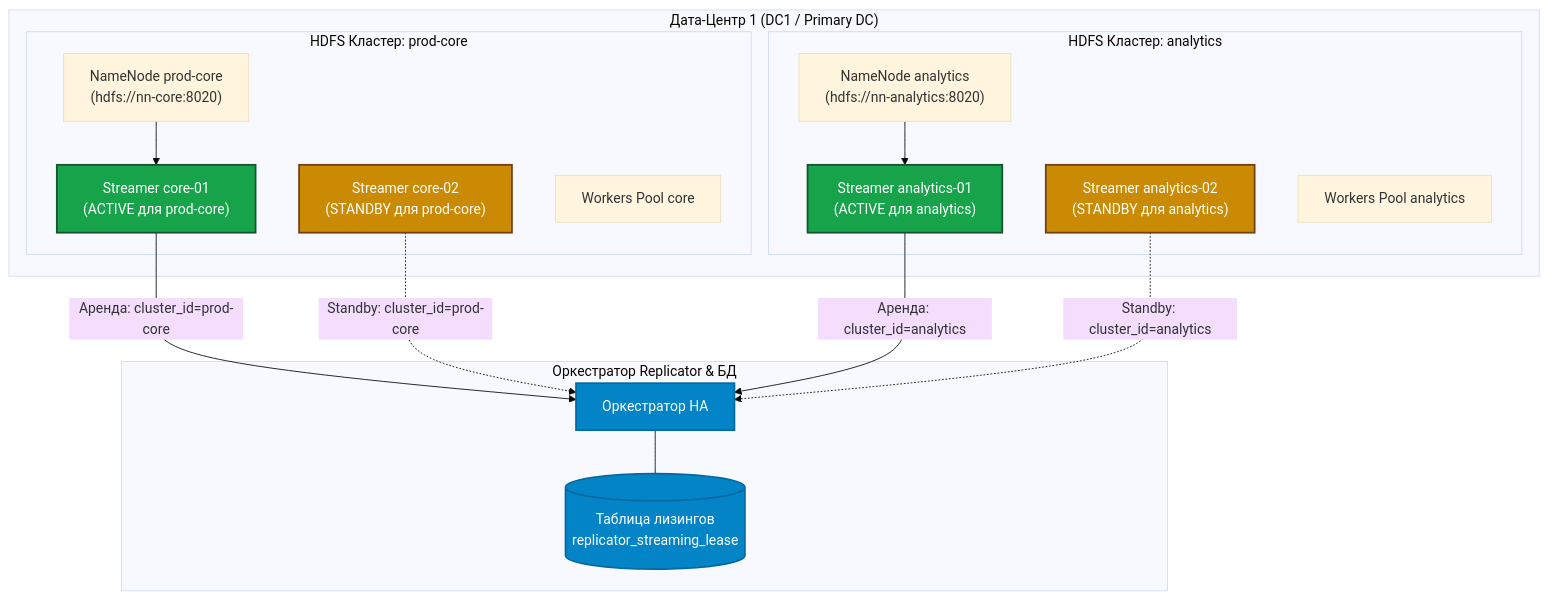
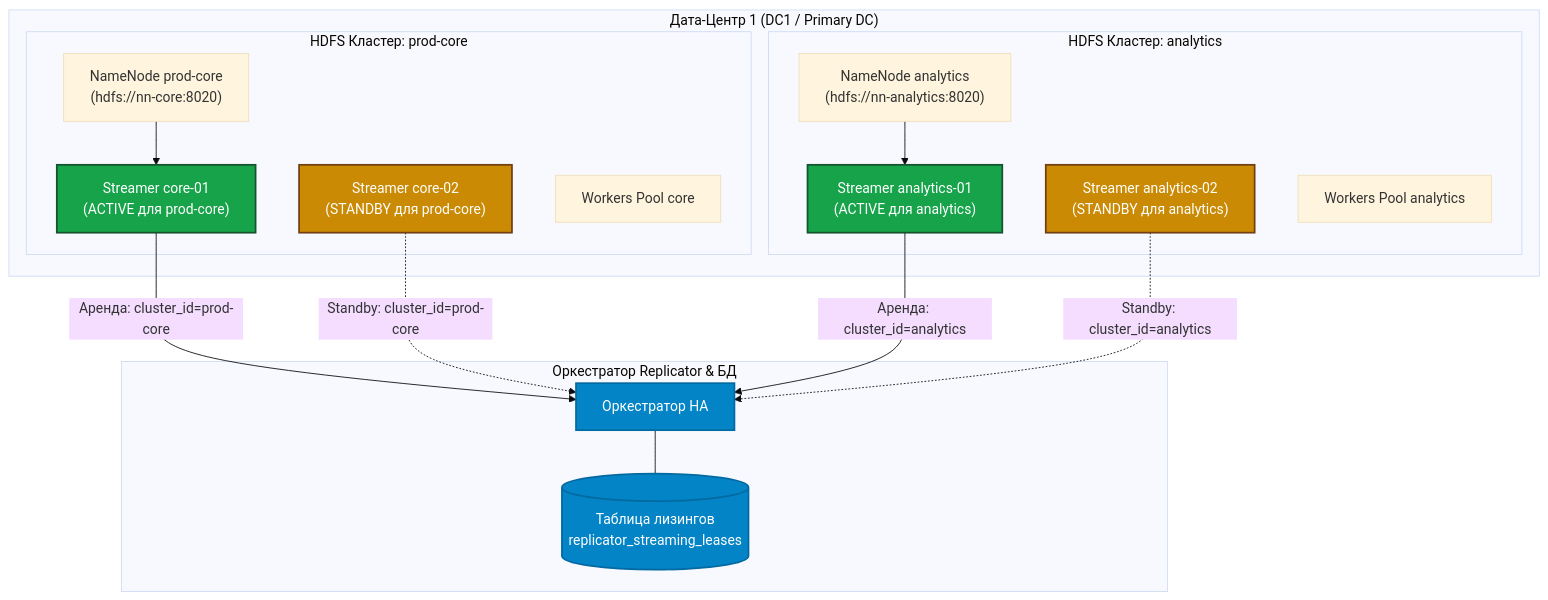
The fourth of 8 diagrams in docs/replicator-fault-tolerance.md (balookrd/hadoop-explorer), drawn with Mermaid (base theme) before and after one commit. The commit also changed other lines of this file and 7 other files, not shown here.

````diff
--- a/docs/replicator-fault-tolerance.md
+++ b/docs/replicator-fault-tolerance.md
@@ -249,39 +250,39 @@
 ```mermaid
 flowchart TB
     subgraph DC1 ["Дата-Центр 1 (DC1 / Primary DC)"]
         subgraph Cluster1 ["HDFS Кластер: prod-core"]
             NN1["NameNode prod-core<br/>(hdfs://nn-core:8020)"]
             S1_A["Streamer core-01<br/>(ACTIVE для prod-core)"]
             S1_B["Streamer core-02<br/>(STANDBY для prod-core)"]
             W1["Workers Pool core"]
             NN1 --> S1_A
         end
 
         subgraph Cluster2 ["HDFS Кластер: analytics"]
             NN2["NameNode analytics<br/>(hdfs://nn-analytics:8020)"]
             S2_A["Streamer analytics-01<br/>(ACTIVE для analytics)"]
             S2_B["Streamer analytics-02<br/>(STANDBY для analytics)"]
             W2["Workers Pool analytics"]
             NN2 --> S2_A
         end
     end
 
     subgraph OrchestratorService ["Оркестратор Replicator & БД"]
         Orch["Оркестратор HA"]
-        DB[(Таблица лизингов<br/>replicator_streaming_lease)]
+        DB[(Таблица лизингов<br/>replicator_streaming_leases)]
         Orch --- DB
     end
 
     S1_A -->|Аренда: cluster_id=prod-core| Orch
     S1_B -.->|Standby: cluster_id=prod-core| Orch
     S2_A -->|Аренда: cluster_id=analytics| Orch
     S2_B -.->|Standby: cluster_id=analytics| Orch
 
     classDef active fill:#16a34a,stroke:#14532d,color:#ffffff,stroke-width:2px;
     classDef standby fill:#ca8a04,stroke:#713f12,color:#ffffff,stroke-width:2px;
     classDef orch fill:#0284c7,stroke:#0369a1,color:#ffffff,stroke-width:2px;
 
     class S1_A,S2_A active;
     class S1_B,S2_B standby;
     class Orch,DB orch;
 ```
````
